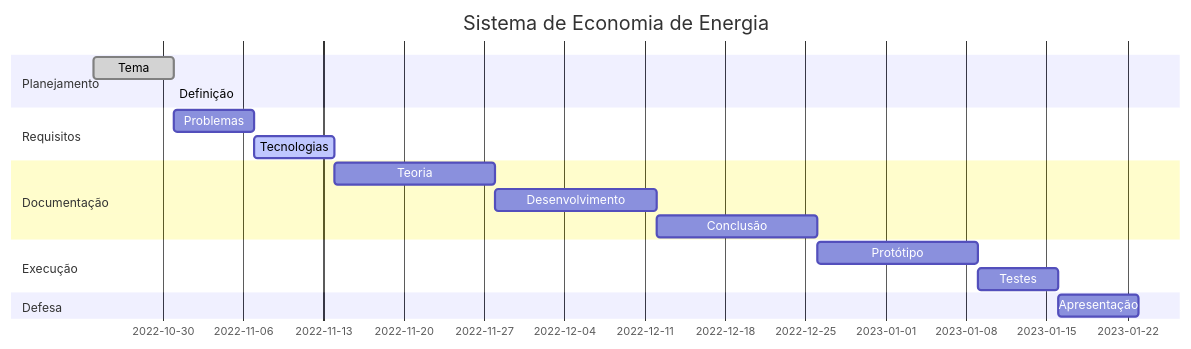
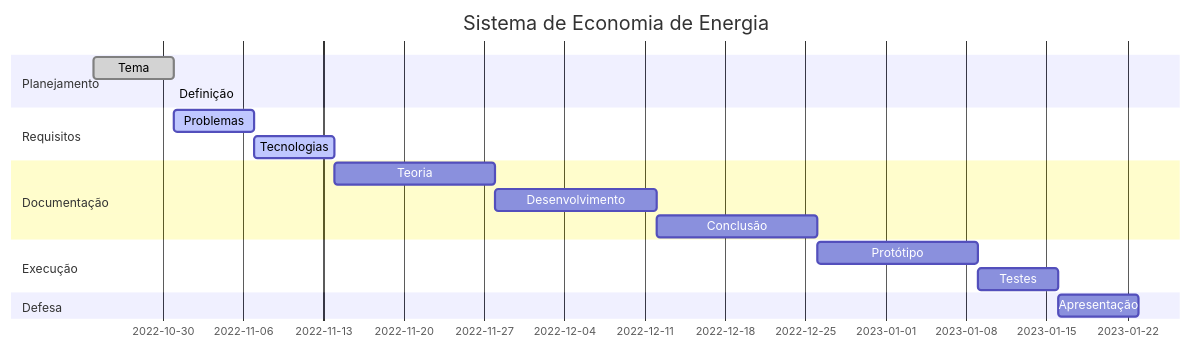
One commit to marcilio-freitas27/projeto-integrador-gantt changed the diagram in README.md. Above: the diagram before and after it, drawn with Mermaid.

Commit message:
Atualizando status das tarefas 2

````diff
--- a/README.md
+++ b/README.md
@@ -5,25 +5,25 @@
 ```mermaid
 gantt
     title Sistema de Economia de Energia
     dateFormat  YYYY-MM-DD
 
     section Planejamento
     Tema                :done, a1, 2022-10-24, 7d
     Definição           :done, a2, after a1, 7
 
     section Requisitos
-    Problemas           :b1, after a2  , 7d
+    Problemas           :active, b1, after a2  , 7d
     Tecnologias         :active, b2, after b1  ,7d
 
     section Documentação
     Teoria         :c1, after b2, 14d
     Desenvolvimento      :c2, after c1, 14d
     Conclusão       :c3, after c2, 14d
 
     section Execução
     Protótipo           :d1, after c3, 14d
     Testes              :d2, after d1, 7d
 
     section Defesa
     Apresentação        :e1, after d2, 7d
 ```
````
